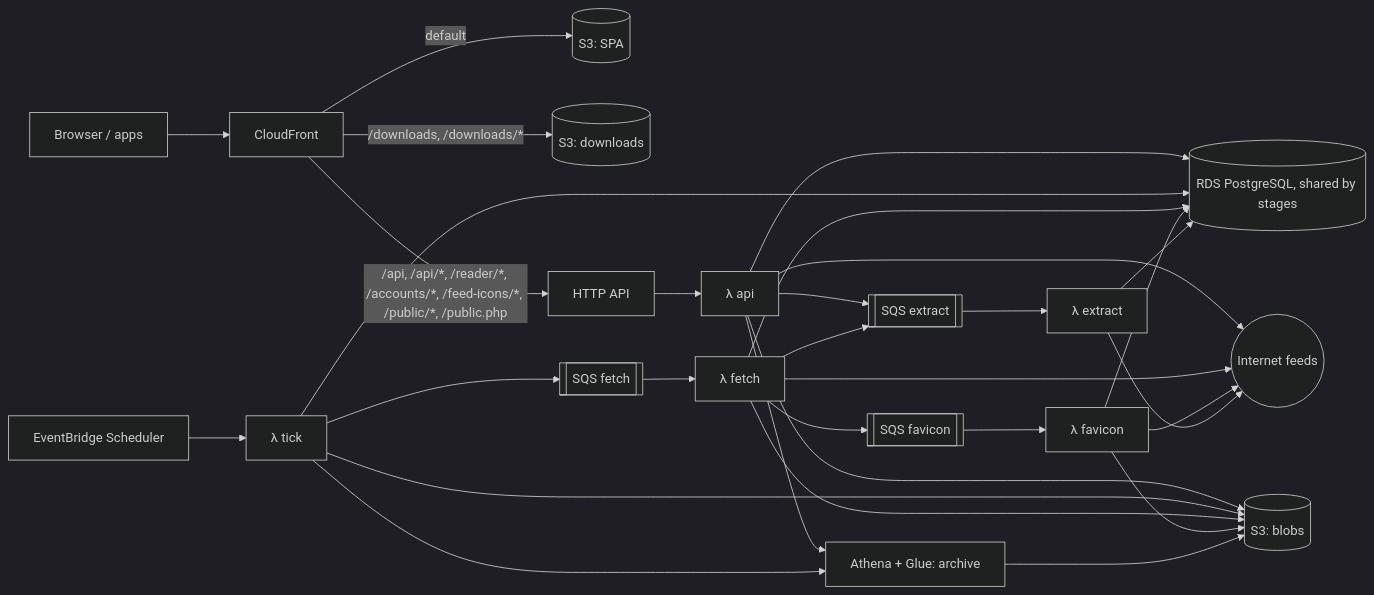
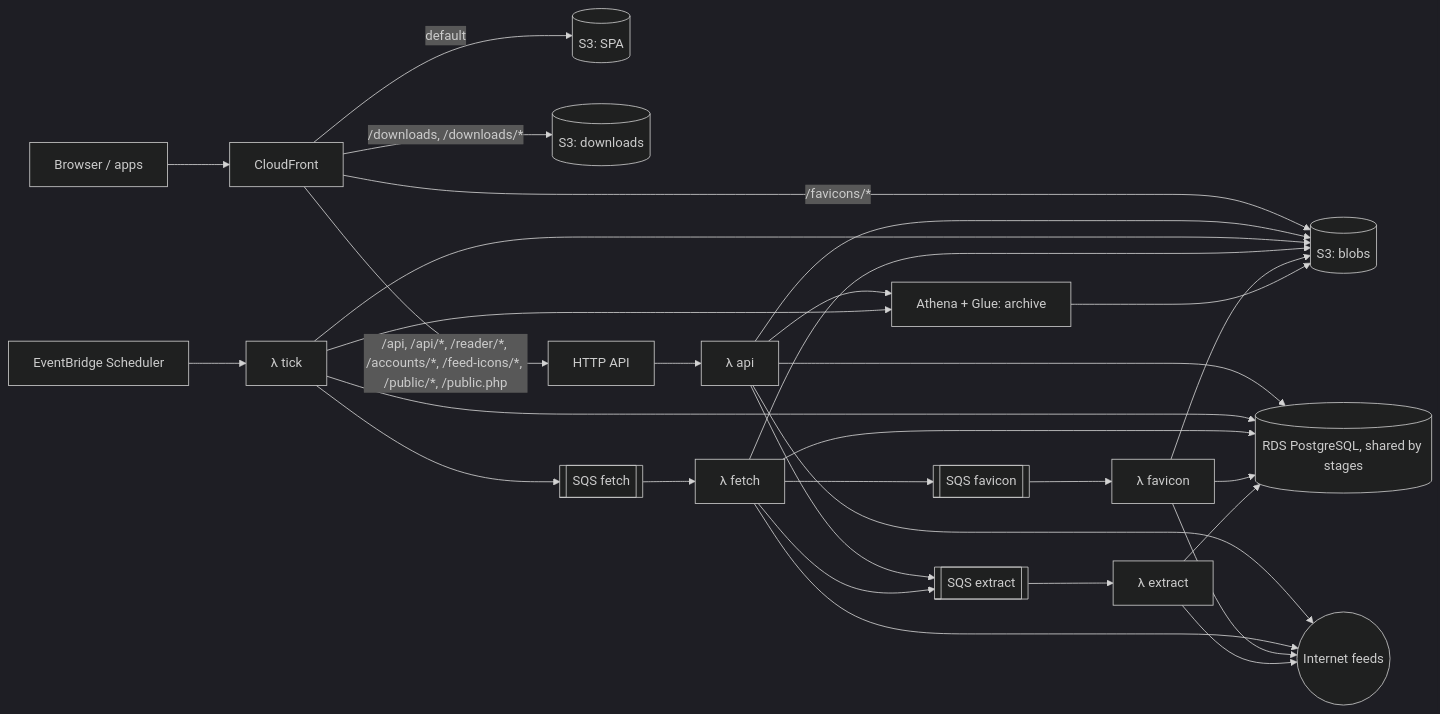
One commit to newses-app/newses changed the diagram in docs/architecture.md. Above: the diagram before and after it, drawn with Mermaid (dark theme). The commit also changed other lines of this file and 23 other files, not shown here.

````diff
--- a/docs/architecture.md
+++ b/docs/architecture.md
@@ -452,15 +453,16 @@
 ```mermaid
 flowchart LR
   U[Browser / apps] --> CF[CloudFront]
   CF -- default --> S3W[(S3: SPA)]
   CF -- "/downloads, /downloads/*" --> S3D[(S3: downloads)]
+  CF -- "/favicons/*" --> S3B
   CF -- "/api, /api/*, /reader/*, /accounts/*, /feed-icons/*, /public/*, /public.php" --> API[HTTP API] --> FA[λ api]
   EB[EventBridge Scheduler] --> FT[λ tick]
   FT --> QF[[SQS fetch]] --> FF[λ fetch]
   FF --> QI[[SQS favicon]] --> FI[λ favicon]
   FA & FF --> QX[[SQS extract]] --> FX[λ extract]
   FA & FT & FF & FI & FX --> DB[(RDS PostgreSQL, shared by stages)]
   FA & FT & FF & FI --> S3B[(S3: blobs)]
   FA & FT --> ATH[Athena + Glue: archive] --> S3B
   FA & FF & FI & FX --> NET((Internet feeds))
 ```
````
